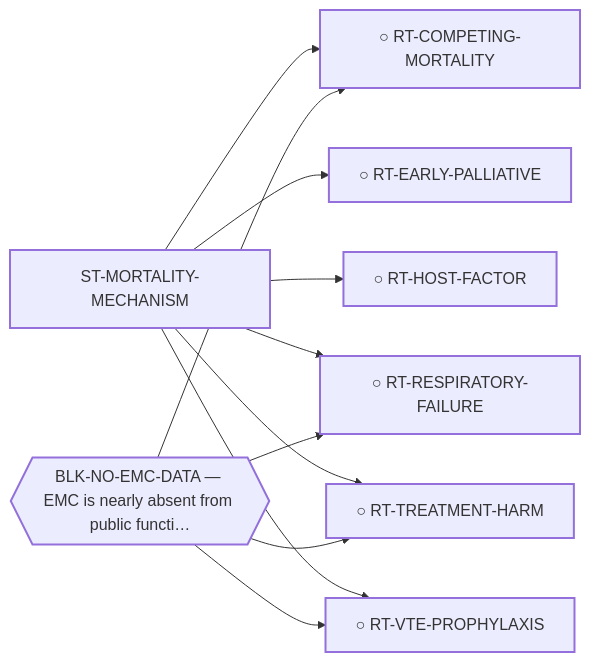
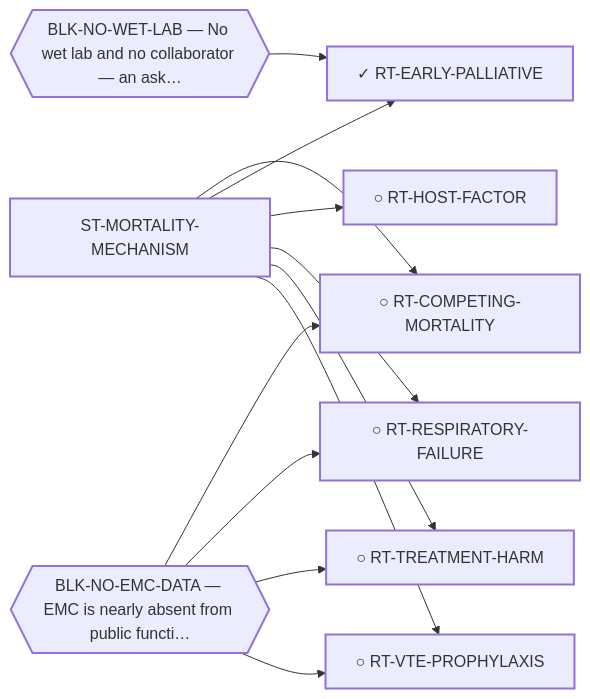
One commit to trimcrae/Rare-cancers changed the diagram in systems/views/L1-st-mortality-mechanism.md. Above: the diagram before and after it, drawn with Mermaid. The commit also changed other lines of this file and 10 other files, not shown here.

````diff
--- a/systems/views/L1-st-mortality-mechanism.md
+++ b/systems/views/L1-st-mortality-mechanism.md
@@ -35,26 +35,28 @@
 ```mermaid
 flowchart LR
   ST_MORTALITY_MECHANISM["ST-MORTALITY-MECHANISM"]:::fam
   RT_COMPETING_MORTALITY["○ RT-COMPETING-MORTALITY"]:::fam
   ST_MORTALITY_MECHANISM --> RT_COMPETING_MORTALITY
-  RT_EARLY_PALLIATIVE["○ RT-EARLY-PALLIATIVE"]:::fam
+  RT_EARLY_PALLIATIVE["✓ RT-EARLY-PALLIATIVE"]:::fam
   ST_MORTALITY_MECHANISM --> RT_EARLY_PALLIATIVE
   RT_HOST_FACTOR["○ RT-HOST-FACTOR"]:::fam
   ST_MORTALITY_MECHANISM --> RT_HOST_FACTOR
   RT_RESPIRATORY_FAILURE["○ RT-RESPIRATORY-FAILURE"]:::fam
   ST_MORTALITY_MECHANISM --> RT_RESPIRATORY_FAILURE
   RT_TREATMENT_HARM["○ RT-TREATMENT-HARM"]:::fam
   ST_MORTALITY_MECHANISM --> RT_TREATMENT_HARM
   RT_VTE_PROPHYLAXIS["○ RT-VTE-PROPHYLAXIS"]:::fam
   ST_MORTALITY_MECHANISM --> RT_VTE_PROPHYLAXIS
 
   BLK_NO_EMC_DATA{{"BLK-NO-EMC-DATA — EMC is nearly absent from public functi…"}}:::blk
   BLK_NO_EMC_DATA --> RT_COMPETING_MORTALITY
   BLK_NO_EMC_DATA --> RT_RESPIRATORY_FAILURE
   BLK_NO_EMC_DATA --> RT_TREATMENT_HARM
   BLK_NO_EMC_DATA --> RT_VTE_PROPHYLAXIS
+  BLK_NO_WET_LAB{{"BLK-NO-WET-LAB — No wet lab and no collaborator — an ask…"}}:::blk
+  BLK_NO_WET_LAB --> RT_EARLY_PALLIATIVE
   classDef fam stroke-width:2px;
   classDef blk stroke-width:2px;
   classDef perm stroke-width:4px;
   classDef tech stroke-width:1px,stroke-dasharray:4 3;
 ```
````
